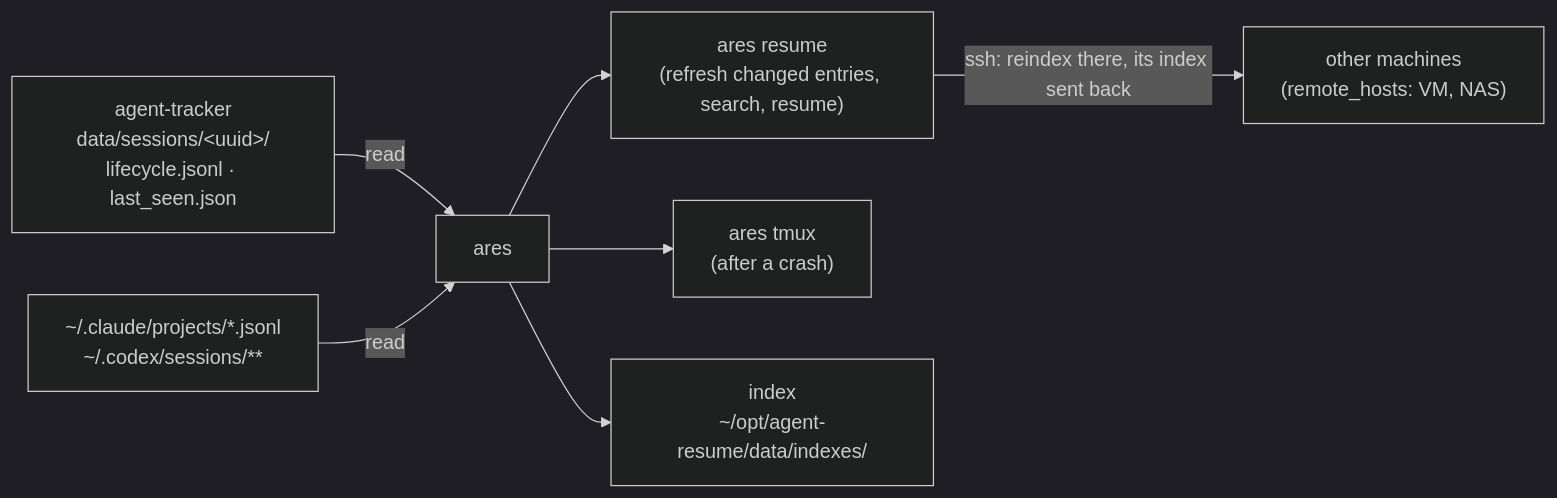
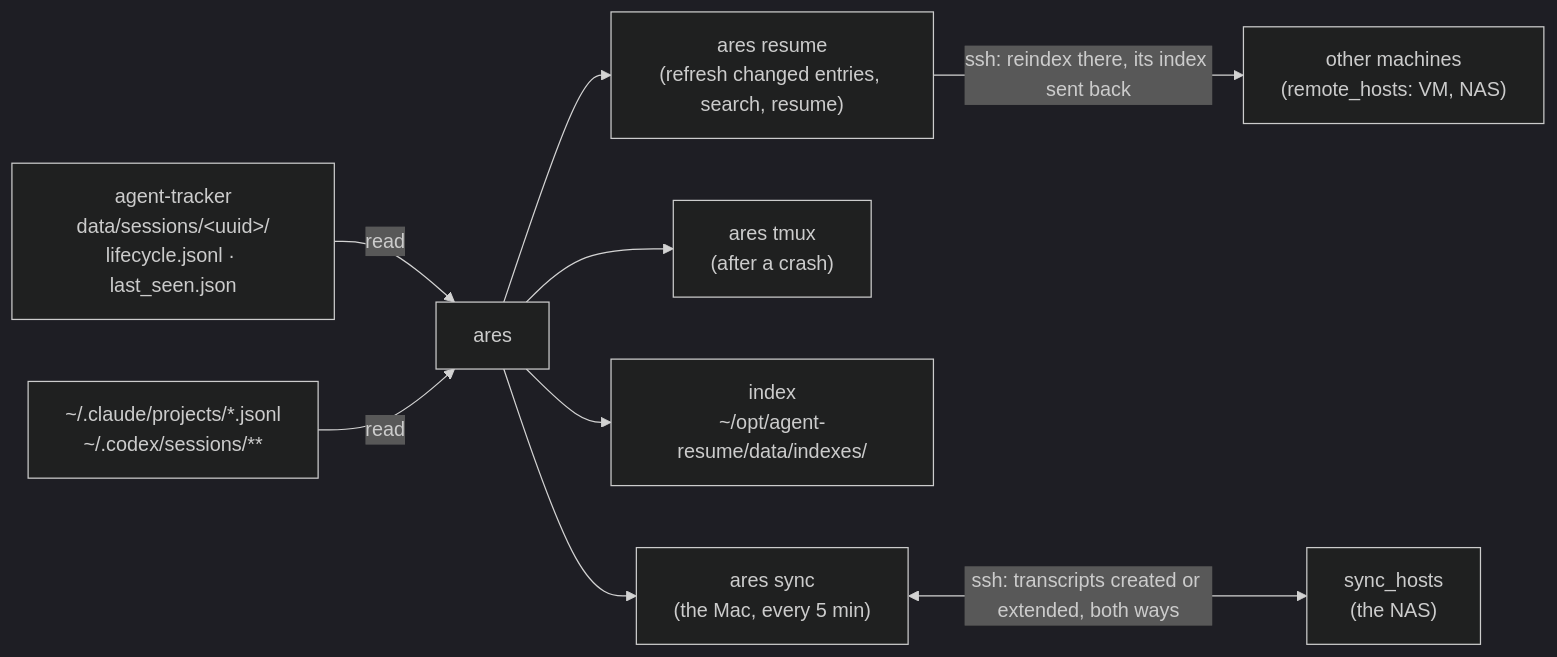
One commit to JeanLescutMuller/agent-resume changed the diagram in README.md. Above: the diagram before and after it, drawn with Mermaid (dark theme). The commit also changed other lines of this file and 4 other files, not shown here.

First line of the commit message:
Docs: ares sync (R6.7, D2 reversed as history, D5 measurements); the rule "transcripts never move" replaced

````diff
--- a/README.md
+++ b/README.md
@@ -5,9 +5,11 @@
 ```mermaid
 flowchart LR
   T["agent-tracker<br/>data/sessions/&lt;uuid&gt;/<br/>lifecycle.jsonl · last_seen.json"] -->|read| R
   J["~/.claude/projects/*.jsonl<br/>~/.codex/sessions/**"] -->|read| R
   R["ares"] --> RS["ares resume<br/>(refresh changed entries, search, resume)"]
   R --> RT["ares tmux<br/>(after a crash)"]
   R --> X["index<br/>~/opt/agent-resume/data/indexes/"]
   RS -->|ssh: reindex there, its index sent back| V["other machines<br/>(remote_hosts: VM, NAS)"]
+  R --> SY["ares sync<br/>(the Mac, every 5 min)"]
+  SY <-->|ssh: transcripts created or extended, both ways| N["sync_hosts<br/>(the NAS)"]
 ```
````
